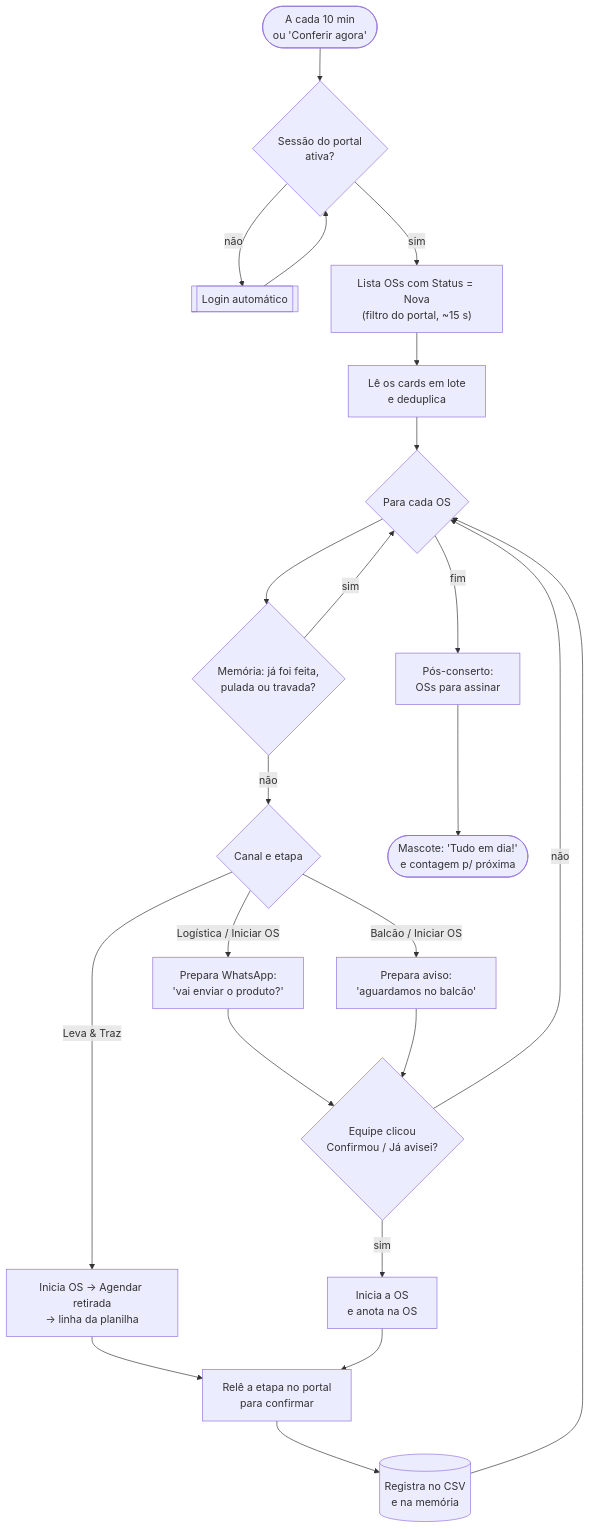
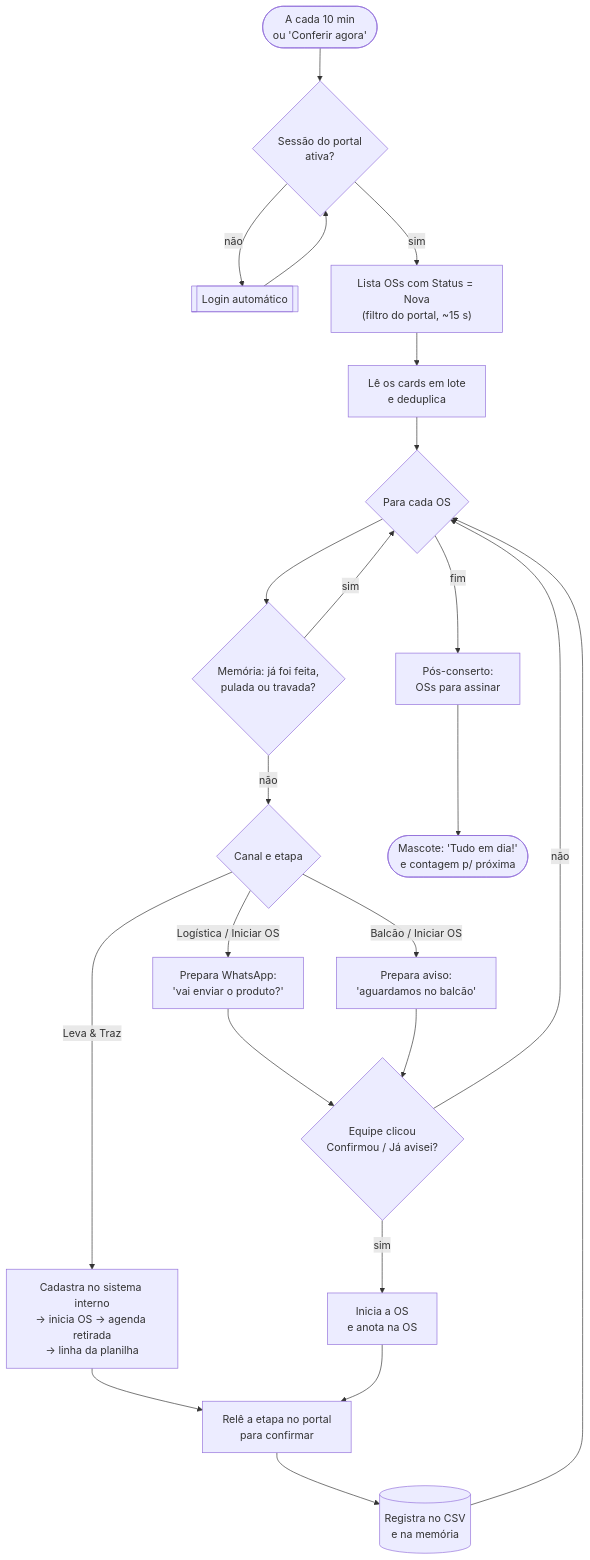
One commit to sauleromorales/robo-prestador changed the second of 6 diagrams in README.md. Above: the diagram before and after it, drawn with Mermaid. The commit also changed other lines of this file, not shown here.

Commit message:
README: etiqueta automática, impressão, recarga Pix, sistema interno e robustez

````diff
--- a/README.md
+++ b/README.md
@@ -91,23 +103,23 @@
 ```mermaid
 flowchart TD
     A([A cada 10 min<br/>ou 'Conferir agora']) --> B{Sessão do portal<br/>ativa?}
     B -- não --> L[[Login automático]]
     L --> B
     B -- sim --> C["Lista OSs com Status = Nova<br/>(filtro do portal, ~15 s)"]
     C --> D[Lê os cards em lote<br/>e deduplica]
     D --> E{Para cada OS}
     E --> F{Memória: já foi feita,<br/>pulada ou travada?}
     F -- sim --> E
     F -- não --> G{Canal e etapa}
     G -- "Logística / Iniciar OS" --> H[Prepara WhatsApp:<br/>'vai enviar o produto?']
     G -- "Balcão / Iniciar OS" --> I[Prepara aviso:<br/>'aguardamos no balcão']
-    G -- "Leva & Traz" --> J[Inicia OS → Agendar retirada<br/>→ linha da planilha]
+    G -- "Leva & Traz" --> J[Cadastra no sistema interno<br/>→ inicia OS → agenda retirada<br/>→ linha da planilha]
     H & I --> K{Equipe clicou<br/>Confirmou / Já avisei?}
     K -- sim --> M[Inicia a OS<br/>e anota na OS]
     K -- não --> E
     J & M --> N[Relê a etapa no portal<br/>para confirmar]
     N --> O[(Registra no CSV<br/>e na memória)]
     O --> E
     E -- fim --> P[Pós-conserto:<br/>OSs para assinar]
     P --> Q([Mascote: 'Tudo em dia!'<br/>e contagem p/ próxima])
 ```
````
